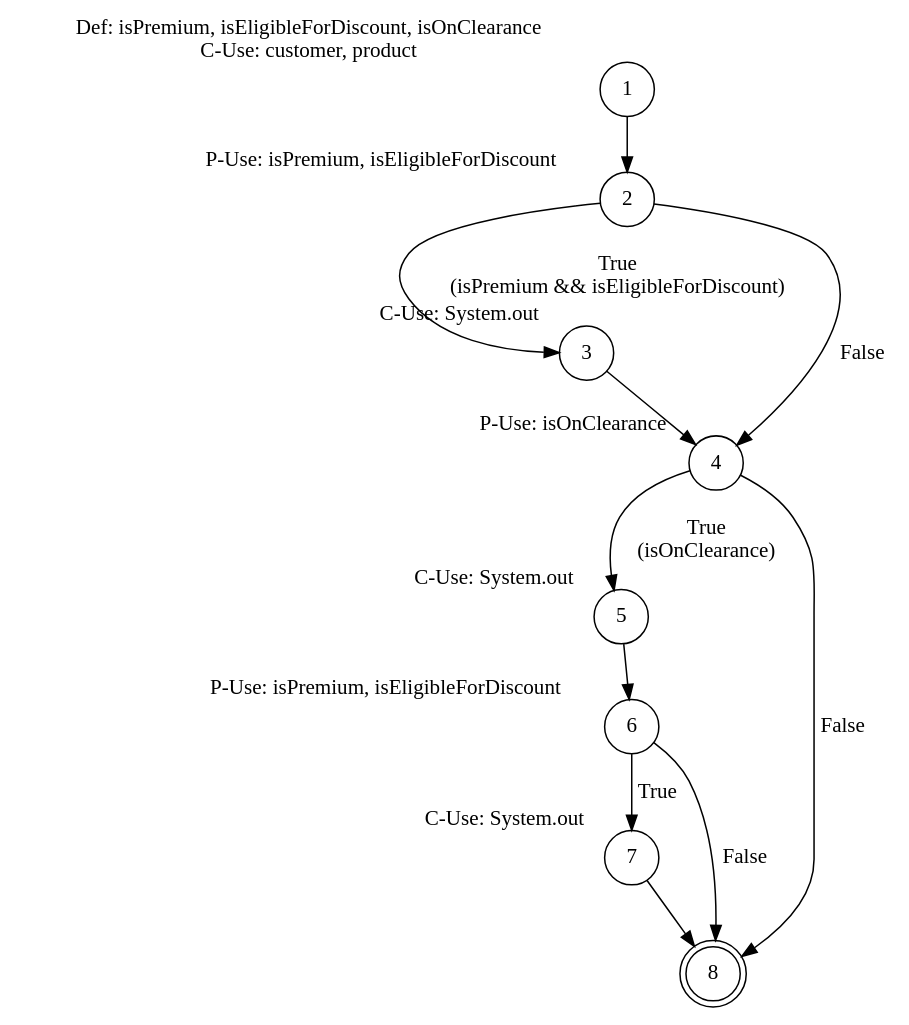
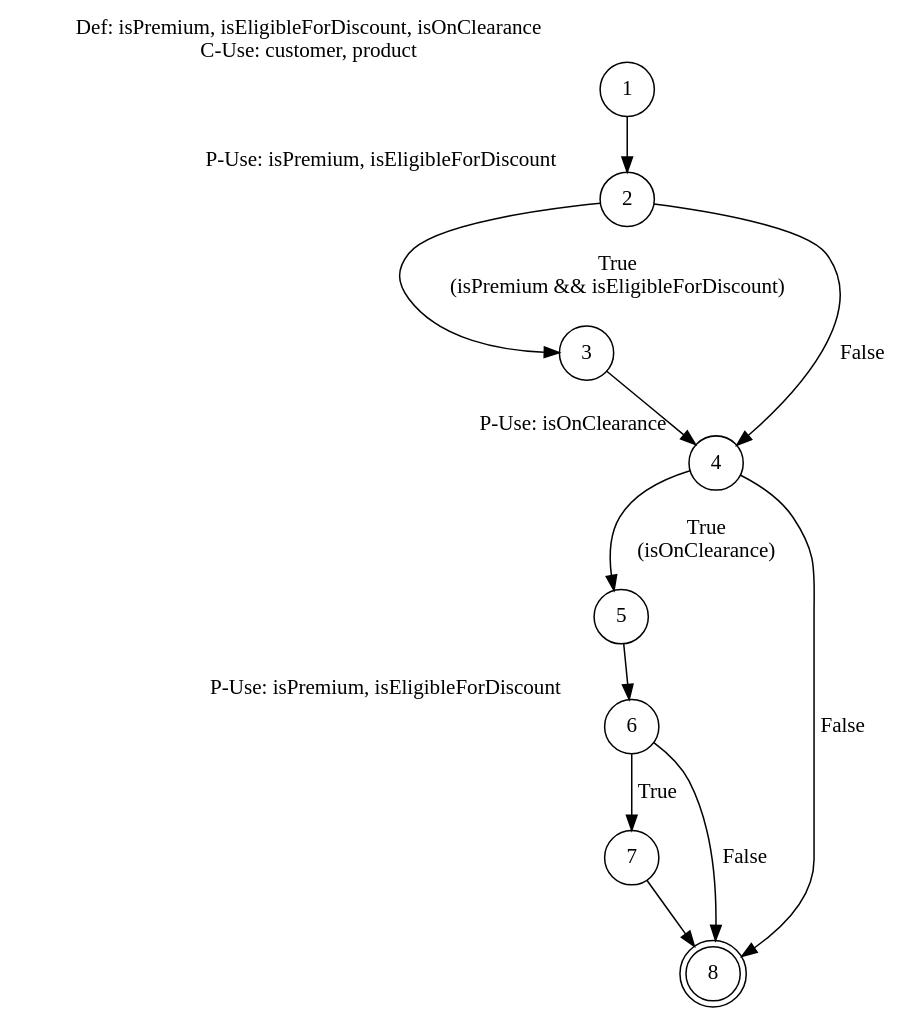
Before and after one commit to Lucas170620/prompts-infeasible-path-AI-detecting-repository: the diagram in teste.dot, drawn with Graphviz. The commit also changed 12 other files, not shown here.

```diff
--- a/teste.dot
+++ b/teste.dot
@@ -1,31 +1,31 @@
 digraph CDFG {
     rankdir=TB;
     node [shape=circle];
     
     // Nos com labels separadas
     1 [label="1", xlabel="Def: isPremium, isEligibleForDiscount, isOnClearance\nC-Use: customer, product"];
     2 [label="2", xlabel="P-Use: isPremium, isEligibleForDiscount"];
-    3 [label="3", xlabel="C-Use: System.out"];
+    3 [label="3"];
     4 [label="4", xlabel="P-Use: isOnClearance"];
-    5 [label="5", xlabel="C-Use: System.out"];
+    5 [label="5"];
     6 [label="6", xlabel="P-Use: isPremium, isEligibleForDiscount"];
-    7 [label="7", xlabel="C-Use: System.out"];
+    7 [label="7"];
     
     // No 8 nao precisa de xlabel pois nao tem texto extra
     8 [label="8"];
     
     // Arestas de controle (fluxo de execucao)
     1 -> 2 ;
     2 -> 3 [label="True\n(isPremium && isEligibleForDiscount)"];
     2 -> 4 [label="False"];
     3 -> 4 ;
     4 -> 5 [label="True\n(isOnClearance)"];
     4 -> 8 [label="False"];
     5 -> 6 ;
     6 -> 7 [label="True"];
     6 -> 8 [label="False"];
     7 -> 8 ;
     
     // Estilo para nos finais
     8 [shape=doublecircle];
 }
```
